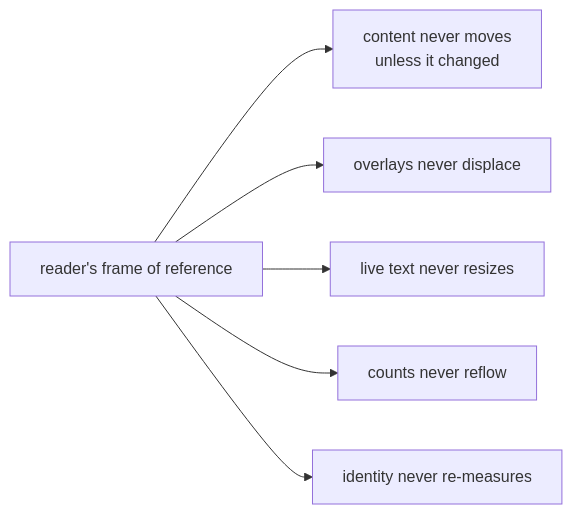
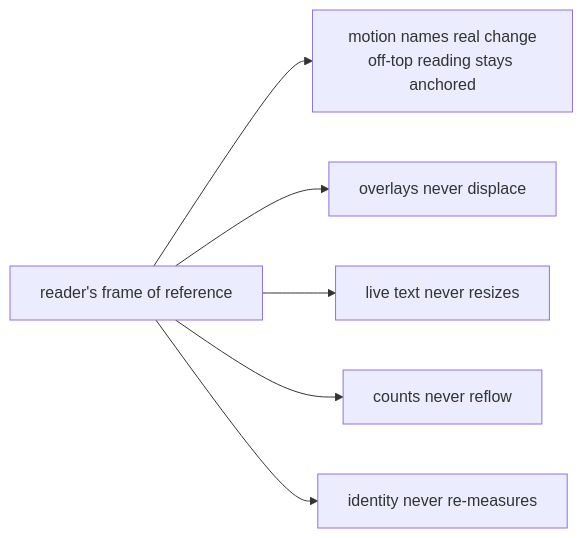
One commit to infimalabs/spice-rust changed diagram 16 of 17 in docs/product/loops.md. Above: the diagram before and after it, drawn with Mermaid. The commit also changed other lines of this file and 71 other files, not shown here.

````diff
--- a/docs/product/loops.md
+++ b/docs/product/loops.md
@@ -354,8 +511,8 @@
 ```mermaid
 flowchart LR
-  J["reader's frame of reference"] --> Movement["content never moves<br/>unless it changed"]
+  J["reader's frame of reference"] --> Movement["motion names real change<br/>off-top reading stays anchored"]
   J --> Overlays["overlays never displace"]
   J --> LiveText["live text never resizes"]
   J --> Counts["counts never reflow"]
   J --> Identity["identity never re-measures"]
 ```
````
